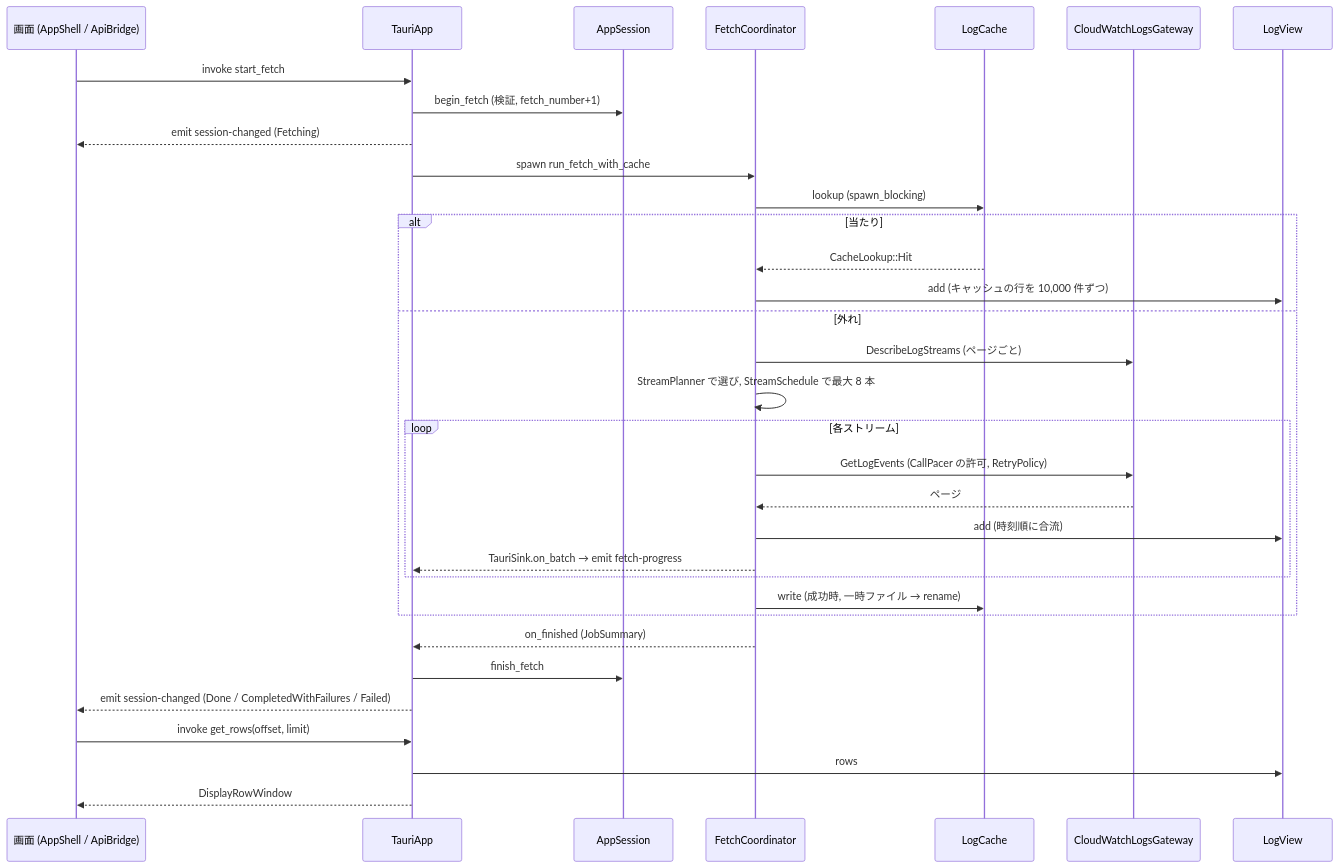
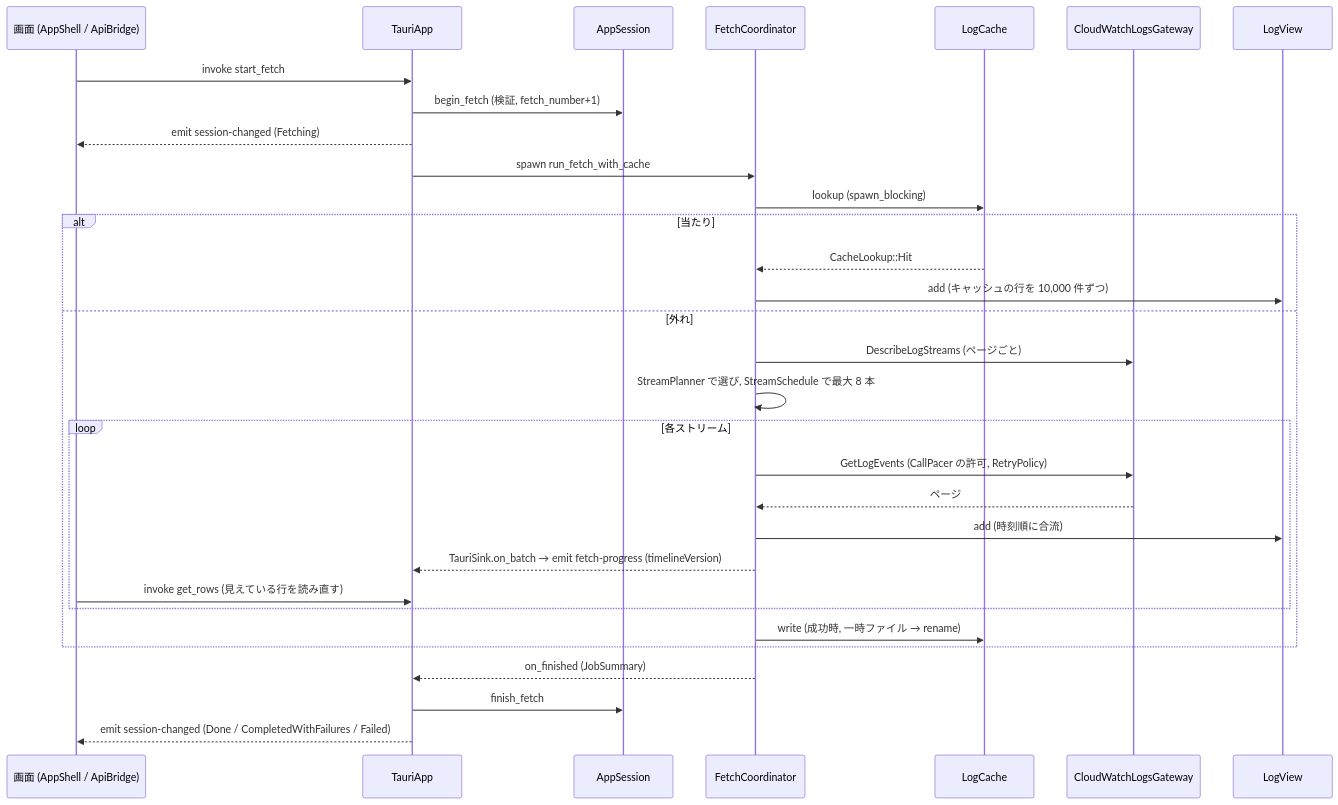
One commit to kdnakt/local-sights changed the second of 7 diagrams in aidlc/spaces/default/codekb/local-sights/architecture.md. Above: the diagram before and after it, drawn with Mermaid. The commit also changed other lines of this file and 11 other files, not shown here.

````diff
--- a/aidlc/spaces/default/codekb/local-sights/architecture.md
+++ b/aidlc/spaces/default/codekb/local-sights/architecture.md
@@ -113,35 +135,33 @@
 ```mermaid
 sequenceDiagram
   participant S as 画面 (AppShell / ApiBridge)
   participant T as TauriApp
   participant A as AppSession
   participant C as FetchCoordinator
   participant K as LogCache
   participant G as CloudWatchLogsGateway
   participant V as LogView
   S->>T: invoke start_fetch
   T->>A: begin_fetch (検証, fetch_number+1)
   T-->>S: emit session-changed (Fetching)
   T->>C: spawn run_fetch_with_cache
   C->>K: lookup (spawn_blocking)
   alt 当たり
     K-->>C: CacheLookup::Hit
     C->>V: add (キャッシュの行を 10,000 件ずつ)
   else 外れ
     C->>G: DescribeLogStreams (ページごと)
     C->>C: StreamPlanner で選び, StreamSchedule で最大 8 本
     loop 各ストリーム
       C->>G: GetLogEvents (CallPacer の許可, RetryPolicy)
       G-->>C: ページ
       C->>V: add (時刻順に合流)
-      C-->>T: TauriSink.on_batch → emit fetch-progress
+      C-->>T: TauriSink.on_batch → emit fetch-progress (timelineVersion)
+      S->>T: invoke get_rows (見えている行を読み直す)
     end
     C->>K: write (成功時, 一時ファイル → rename)
   end
   C-->>T: on_finished (JobSummary)
   T->>A: finish_fetch
   T-->>S: emit session-changed (Done / CompletedWithFailures / Failed)
-  S->>T: invoke get_rows(offset, limit)
-  T->>V: rows
-  T-->>S: DisplayRowWindow
 ```
````
